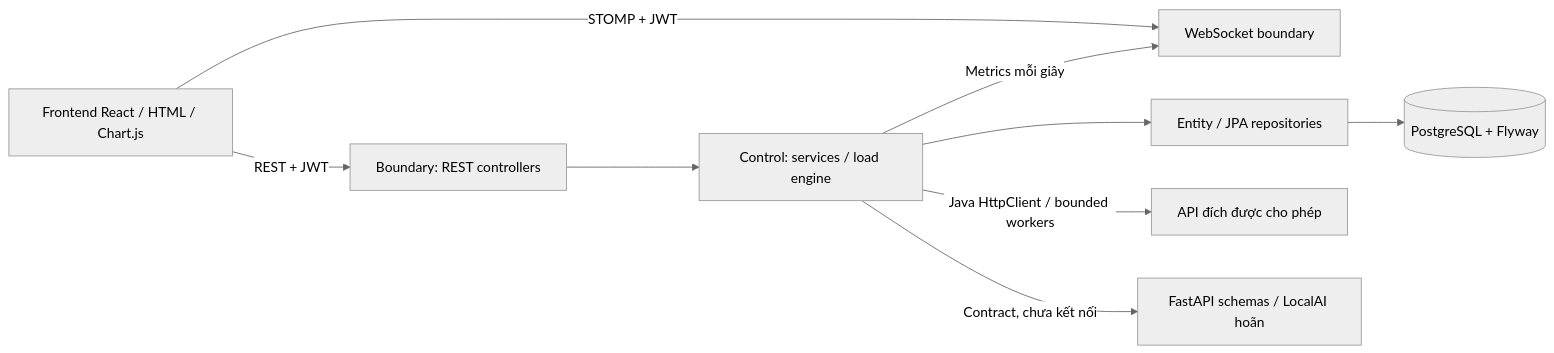
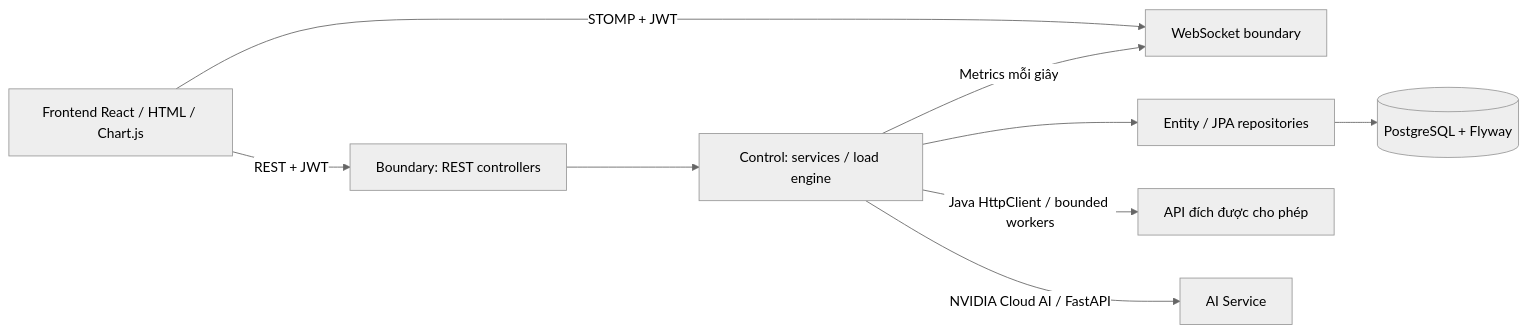
Before and after one commit to Baronphviet/Loadsense: the diagram in README.md, drawn with Mermaid (neutral theme). The commit also changed other lines of this file and 56 other files, not shown here.

````diff
--- a/README.md
+++ b/README.md
@@ -268,11 +243,11 @@
 ```mermaid
 flowchart LR
   UI[Frontend React / HTML / Chart.js] -->|REST + JWT| Boundary[Boundary: REST controllers]
   UI -->|STOMP + JWT| WS[WebSocket boundary]
   Boundary --> Control[Control: services / load engine]
   Control --> Entity[Entity / JPA repositories]
   Entity --> DB[(PostgreSQL + Flyway)]
   Control -->|Java HttpClient / bounded workers| Target[API đích được cho phép]
-  Control -->|Contract, chưa kết nối| AI[FastAPI schemas / LocalAI hoãn]
+  Control -->|NVIDIA Cloud AI / FastAPI| AI[AI Service]
   Control -->|Metrics mỗi giây| WS
 ```
````
